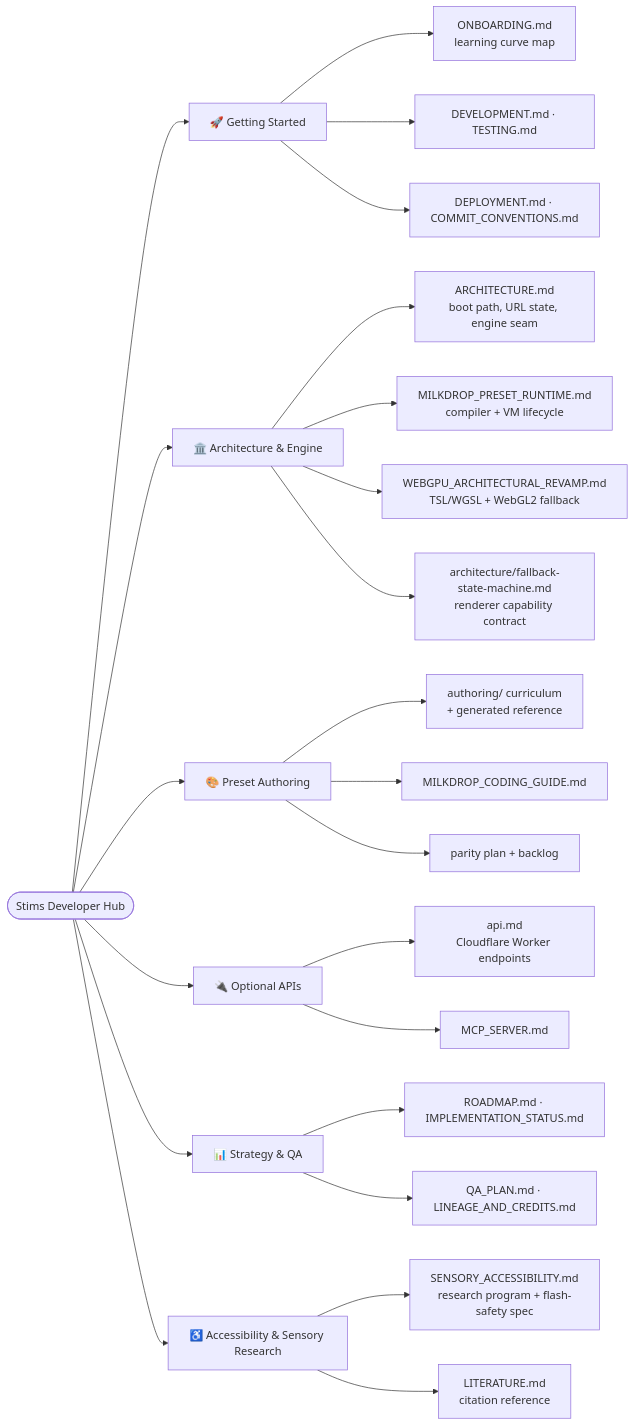
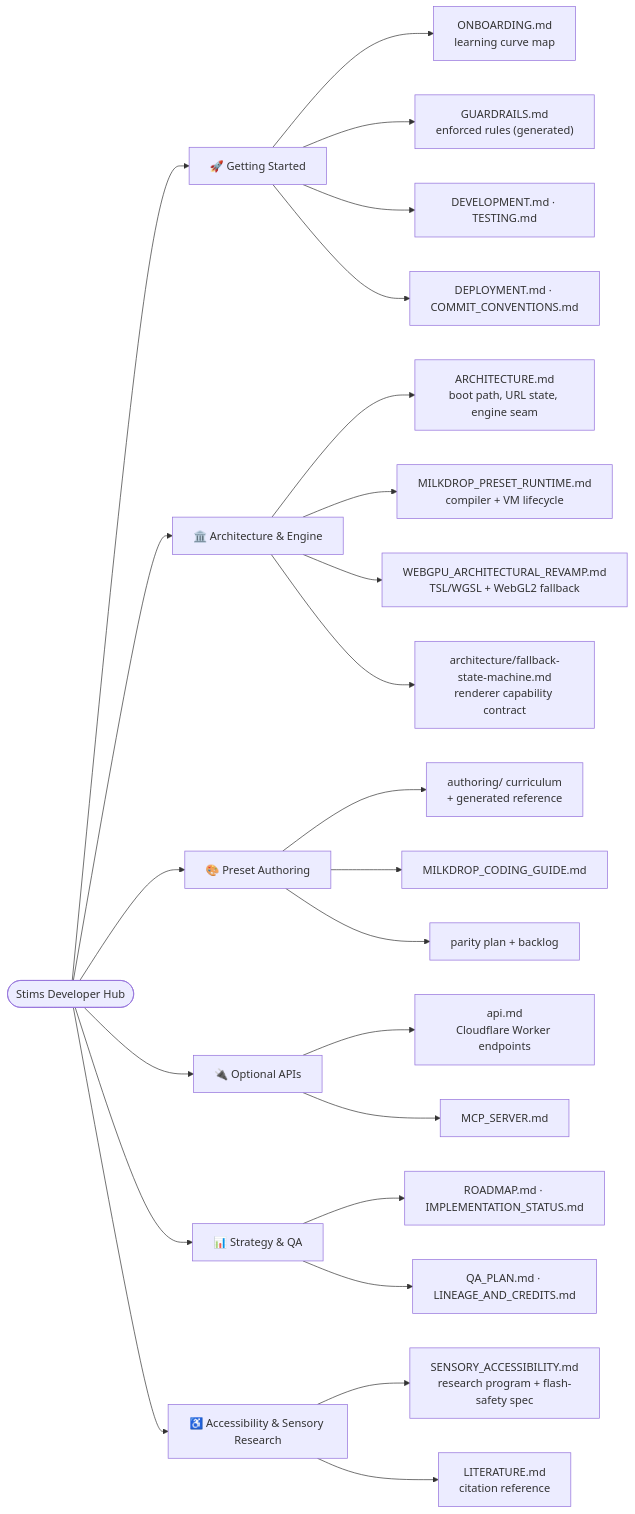
Before and after one commit to zz-plant/stims: the diagram in docs/README.md, drawn with Mermaid. The commit also changed other lines of this file and 36 other files, not shown here.

````diff
--- a/docs/README.md
+++ b/docs/README.md
@@ -11,33 +11,34 @@
 ```mermaid
 flowchart LR
   Start(["Stims Developer Hub"])
 
   Start --> GS["🚀 Getting Started"]
   Start --> Arch["🏛️ Architecture & Engine"]
   Start --> Preset["🎨 Preset Authoring"]
   Start --> API["🔌 Optional APIs"]
   Start --> Strat["📊 Strategy & QA"]
   Start --> Access["♿ Accessibility & Sensory Research"]
 
   GS --> GS0["ONBOARDING.md<br/>learning curve map"]
+  GS --> GS3["GUARDRAILS.md<br/>enforced rules (generated)"]
   GS --> GS1["DEVELOPMENT.md · TESTING.md"]
   GS --> GS2["DEPLOYMENT.md · COMMIT_CONVENTIONS.md"]
 
   Arch --> A1["ARCHITECTURE.md<br/>boot path, URL state, engine seam"]
   Arch --> A2["MILKDROP_PRESET_RUNTIME.md<br/>compiler + VM lifecycle"]
   Arch --> A3["WEBGPU_ARCHITECTURAL_REVAMP.md<br/>TSL/WGSL + WebGL2 fallback"]
   Arch --> A4["architecture/fallback-state-machine.md<br/>renderer capability contract"]
 
   Preset --> P0["authoring/ curriculum<br/>+ generated reference"]
   Preset --> P1["MILKDROP_CODING_GUIDE.md"]
   Preset --> P2["parity plan + backlog"]
 
   API --> E1["api.md<br/>Cloudflare Worker endpoints"]
   API --> E2["MCP_SERVER.md"]
 
   Access --> AC1["SENSORY_ACCESSIBILITY.md<br/>research program + flash-safety spec"]
   Access --> AC2["LITERATURE.md<br/>citation reference"]
 
   Strat --> S1["ROADMAP.md · IMPLEMENTATION_STATUS.md"]
   Strat --> S2["QA_PLAN.md · LINEAGE_AND_CREDITS.md"]
 ```
````
